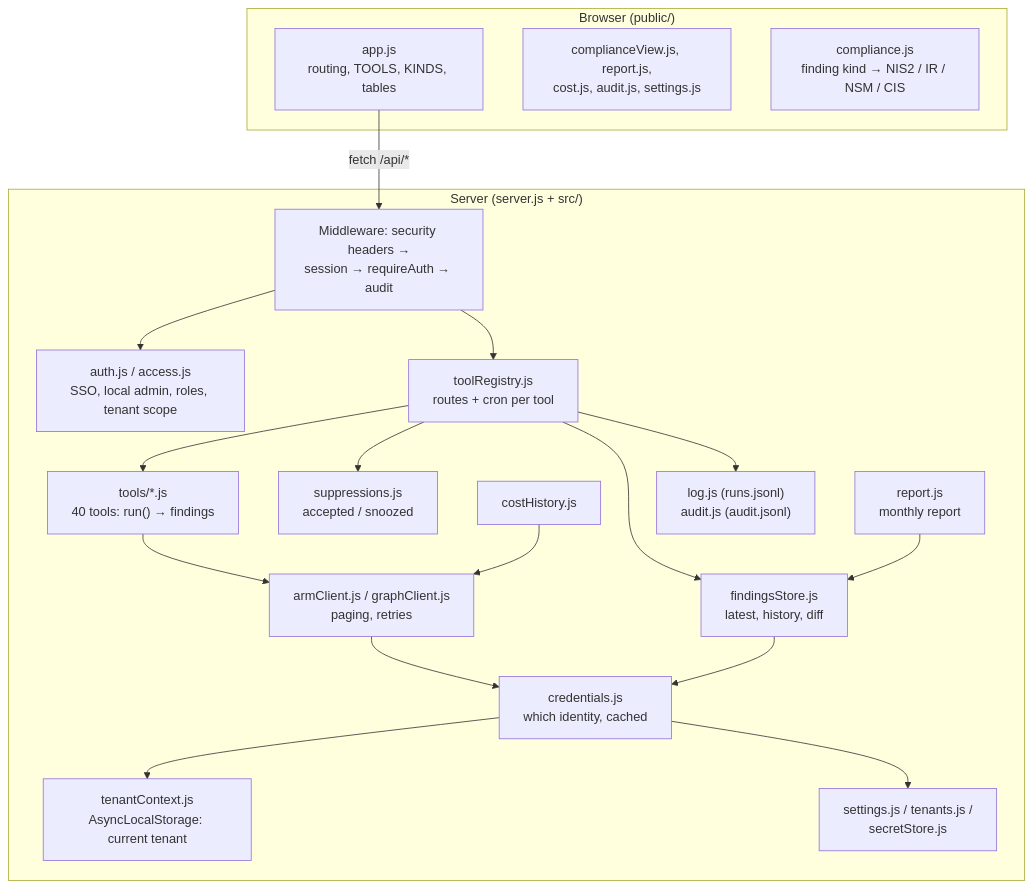
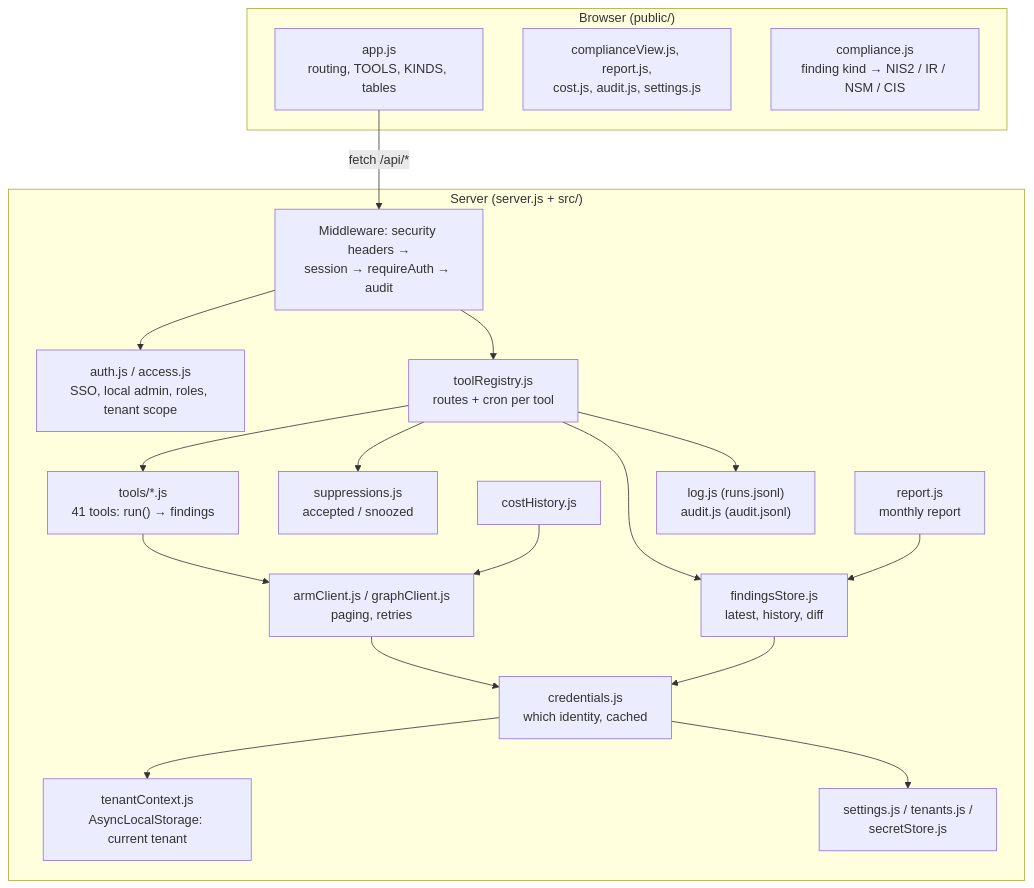
The diagram in docs/diagrams/arch-inside-app.mmd (Gooseankles/cirrus-watch), drawn with Mermaid before and after one commit. The commit also changed 15 other files, not shown here.

```diff
--- a/docs/diagrams/arch-inside-app.mmd
+++ b/docs/diagrams/arch-inside-app.mmd
@@ -1,35 +1,35 @@
 flowchart TB
   subgraph browser["Browser (public/)"]
     appjs["app.js<br/>routing, TOOLS, KINDS, tables"]
     views["complianceView.js, report.js,<br/>cost.js, audit.js, settings.js"]
     comp["compliance.js<br/>finding kind → NIS2 / IR / NSM / CIS"]
   end
   subgraph server["Server (server.js + src/)"]
     mw["Middleware: security headers →<br/>session → requireAuth → audit"]
     auth["auth.js / access.js<br/>SSO, local admin, roles, tenant scope"]
     reg["toolRegistry.js<br/>routes + cron per tool"]
-    tools["tools/*.js<br/>40 tools: run() → findings"]
+    tools["tools/*.js<br/>41 tools: run() → findings"]
     clients["armClient.js / graphClient.js<br/>paging, retries"]
     cred["credentials.js<br/>which identity, cached"]
     ctx["tenantContext.js<br/>AsyncLocalStorage: current tenant"]
     store["findingsStore.js<br/>latest, history, diff"]
     supp["suppressions.js<br/>accepted / snoozed"]
     cost["costHistory.js"]
     rep["report.js<br/>monthly report"]
     cfg["settings.js / tenants.js /<br/>secretStore.js"]
     logs["log.js (runs.jsonl)<br/>audit.js (audit.jsonl)"]
   end
   appjs -- "fetch /api/*" --> mw
   mw --> auth
   mw --> reg
   reg --> tools
   tools --> clients
   clients --> cred
   cred --> ctx
   cred --> cfg
   reg --> store
   reg --> supp
   reg --> logs
   rep --> store
   cost --> clients
   store --> cred
```
